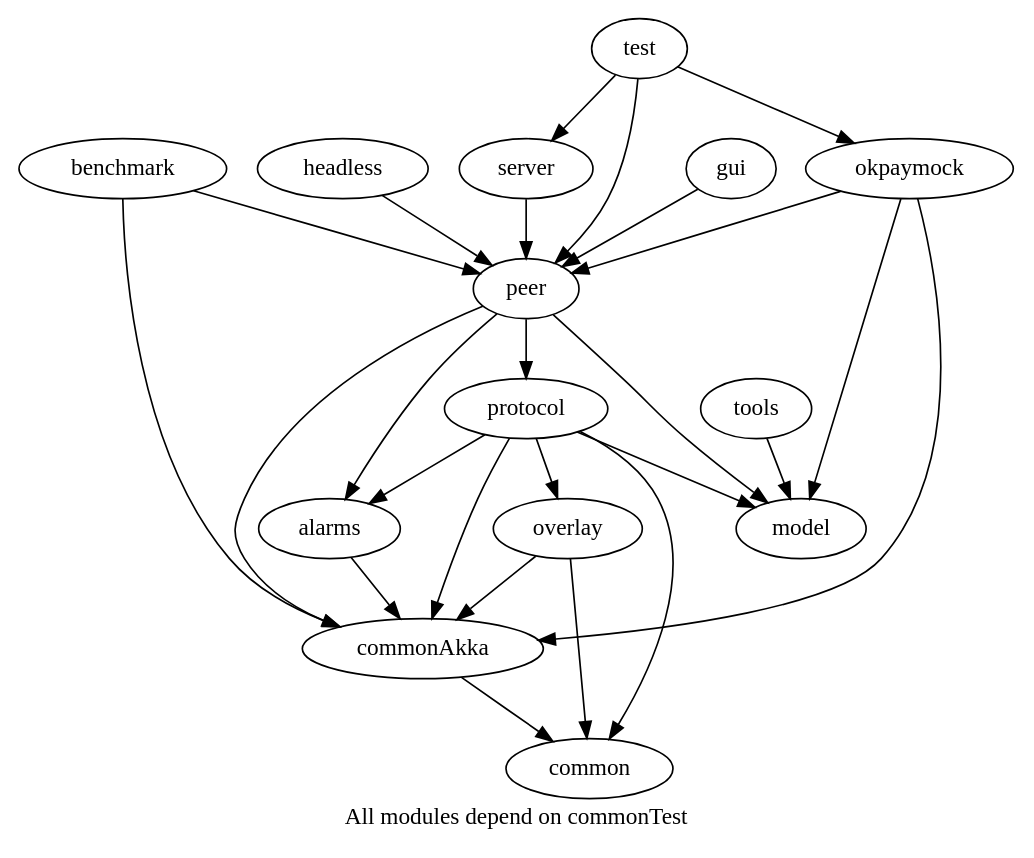
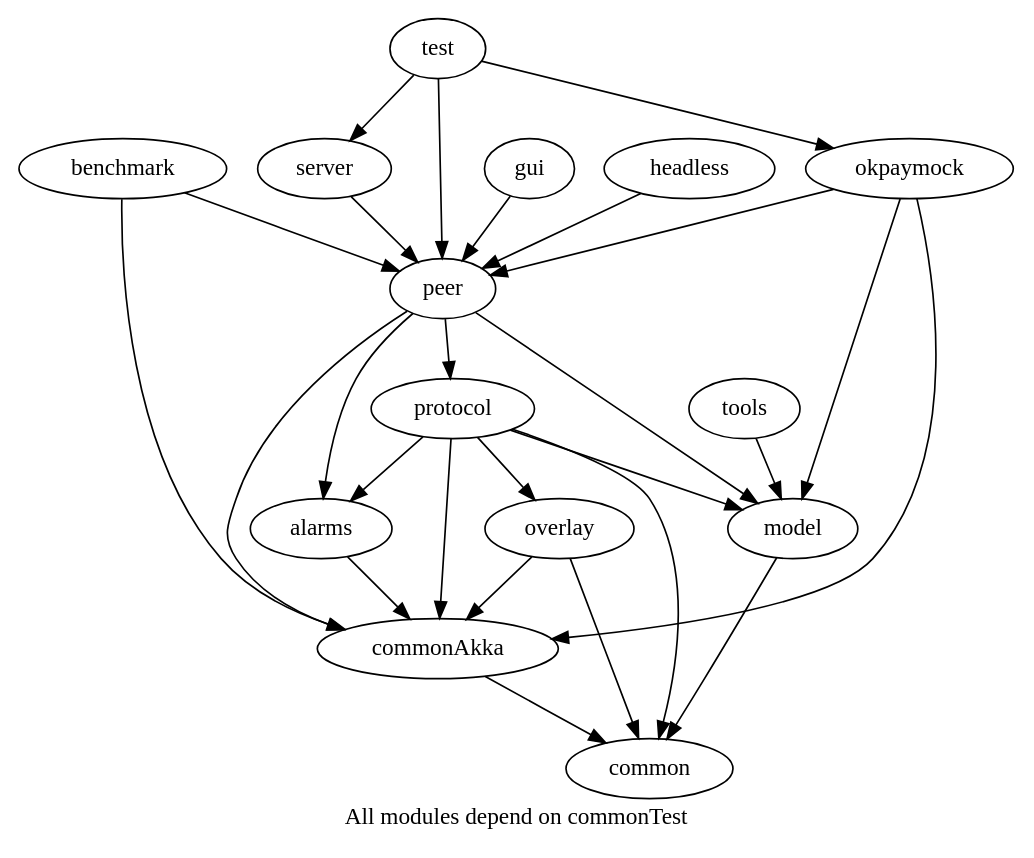
The diagram in doc/graphviz/modules.dot (csesteban/coinffeine), drawn with Graphviz before and after one commit.

Commit message:
Update module dependency graph

```diff
--- a/doc/graphviz/modules.dot
+++ b/doc/graphviz/modules.dot
@@ -1,15 +1,16 @@
 digraph {
     graph[label="All modules depend on commonTest"];
     alarms -> commonAkka;
     server -> peer;
     test -> peer, server, okpaymock;
     gui -> peer;
     tools -> model;
     peer -> alarms, model, protocol, commonAkka;
     protocol -> alarms, model, common, commonAkka, overlay;
     overlay -> common, commonAkka;
     headless -> peer;
     okpaymock -> model, peer, commonAkka;
     commonAkka -> common;
     benchmark -> peer, commonAkka;
+    model -> common;
 }
```
